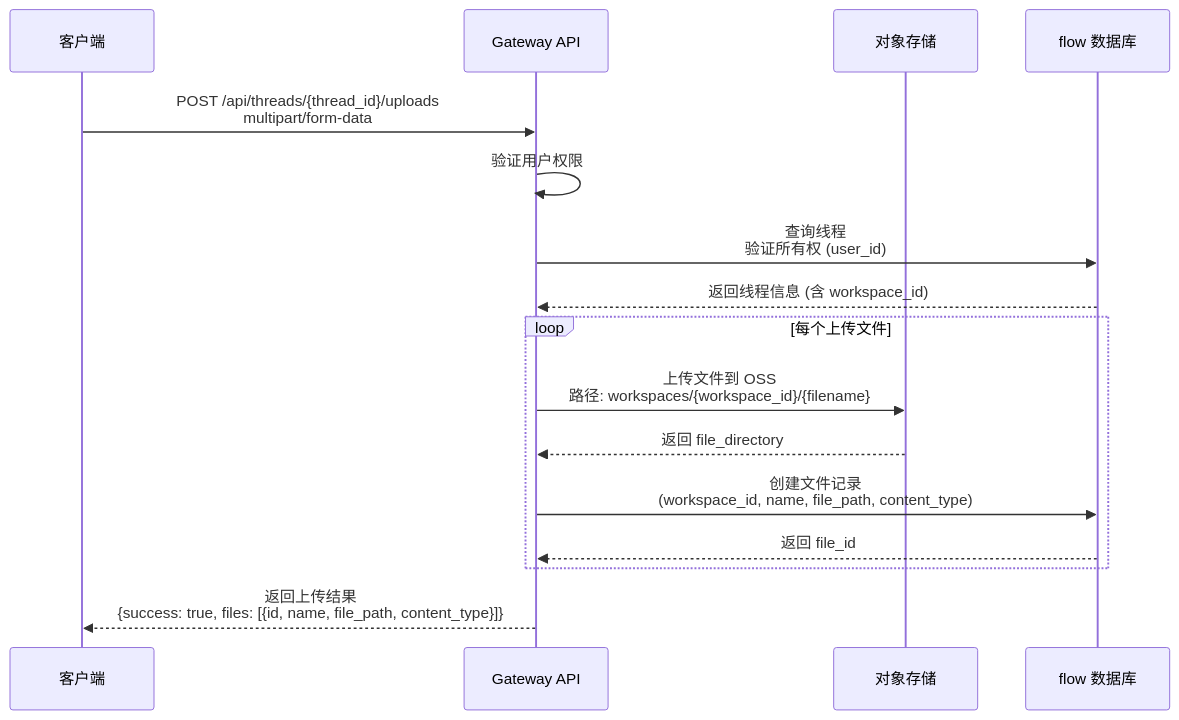
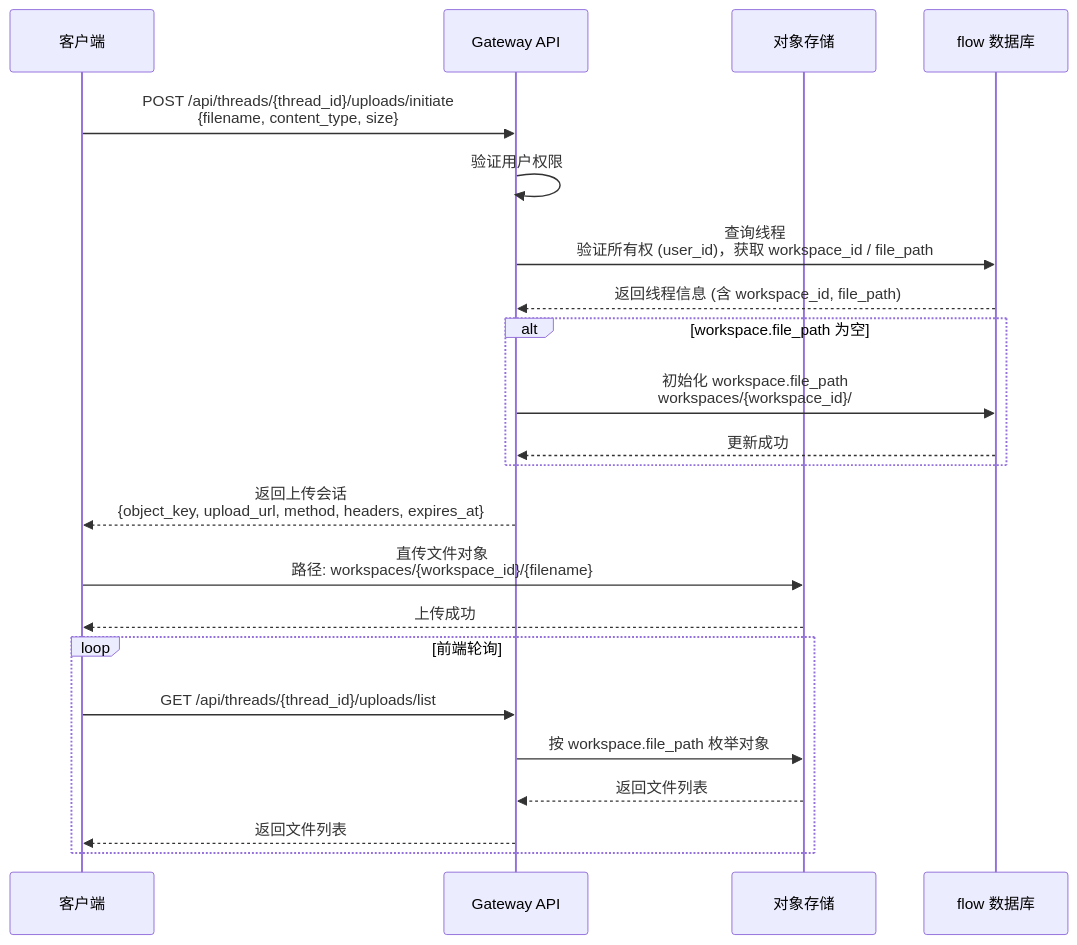
The third of 14 diagrams in DeerFlow接口时序图.md (early-chinese-civilization/deer-flow), drawn with Mermaid before and after one commit. The commit also changed other lines of this file and 4 other files, not shown here.

````diff
--- a/DeerFlow接口时序图.md
+++ b/DeerFlow接口时序图.md
@@ -74,23 +81,30 @@
 ```mermaid
 sequenceDiagram
     participant Client as 客户端
     participant Gateway as Gateway API
     participant OSS as 对象存储
     participant DB as flow 数据库
     
-    Client->>Gateway: POST /api/threads/{thread_id}/uploads<br/>multipart/form-data
+    Client->>Gateway: POST /api/threads/{thread_id}/uploads/initiate<br/>{filename, content_type, size}
     Gateway->>Gateway: 验证用户权限
     
-    Gateway->>DB: 查询线程<br/>验证所有权 (user_id)
-    DB-->>Gateway: 返回线程信息 (含 workspace_id)
+    Gateway->>DB: 查询线程<br/>验证所有权 (user_id)，获取 workspace_id / file_path
+    DB-->>Gateway: 返回线程信息 (含 workspace_id, file_path)
     
-    loop 每个上传文件
-        Gateway->>OSS: 上传文件到 OSS<br/>路径: workspaces/{workspace_id}/{filename}
-        OSS-->>Gateway: 返回 file_directory
-        
-        Gateway->>DB: 创建文件记录<br/>(workspace_id, name, file_path, content_type)
-        DB-->>Gateway: 返回 file_id
+    alt workspace.file_path 为空
+        Gateway->>DB: 初始化 workspace.file_path<br/>workspaces/{workspace_id}/
+        DB-->>Gateway: 更新成功
     end
     
-    Gateway-->>Client: 返回上传结果<br/>{success: true, files: [{id, name, file_path, content_type}]}
+    Gateway-->>Client: 返回上传会话<br/>{object_key, upload_url, method, headers, expires_at}
+    
+    Client->>OSS: 直传文件对象<br/>路径: workspaces/{workspace_id}/{filename}
+    OSS-->>Client: 上传成功
+    
+    loop 前端轮询
+        Client->>Gateway: GET /api/threads/{thread_id}/uploads/list
+        Gateway->>OSS: 按 workspace.file_path 枚举对象
+        OSS-->>Gateway: 返回文件列表
+        Gateway-->>Client: 返回文件列表
+    end
 ```
````
